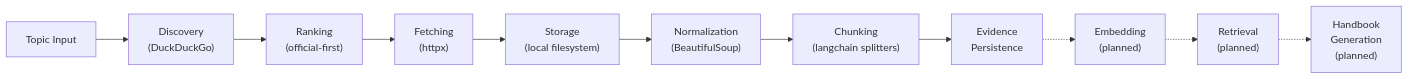
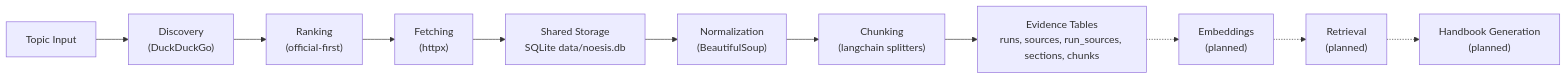
One commit to aaditya4523/noesis changed the diagram in docs/analysis.md. Above: the diagram before and after it, drawn with Mermaid. The commit also changed other lines of this file and 52 other files, not shown here.

Commit message:
feature/noesis-engine: Answer generation and UI

````diff
--- a/docs/analysis.md
+++ b/docs/analysis.md
@@ -13,13 +13,13 @@
 ```mermaid
 flowchart LR
     A["Topic Input"] --> B["Discovery\n(DuckDuckGo)"]
     B --> C["Ranking\n(official-first)"]
     C --> D["Fetching\n(httpx)"]
-    D --> E["Storage\n(local filesystem)"]
+    D --> E["Shared Storage\nSQLite data/noesis.db"]
     E --> F["Normalization\n(BeautifulSoup)"]
     F --> G["Chunking\n(langchain splitters)"]
-    G --> H["Evidence\nPersistence"]
-    H -.-> I["Embedding\n(planned)"]
+    G --> H["Evidence Tables\nruns, sources, run_sources, sections, chunks"]
+    H -.-> I["Embeddings\n(planned)"]
     I -.-> J["Retrieval\n(planned)"]
-    J -.-> K["Handbook\nGeneration\n(planned)"]
+    J -.-> K["Handbook Generation\n(planned)"]
 ```
````
